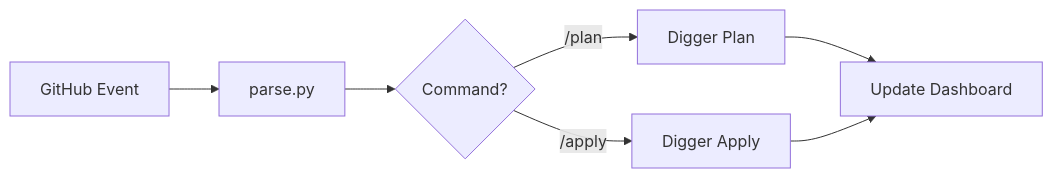
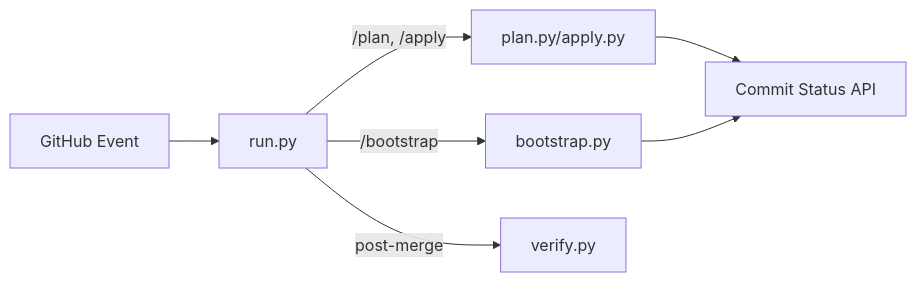
The diagram in tools/ci/README.md (wangzitian0/infra), drawn with Mermaid before and after one commit. The commit also changed other lines of this file and 9 other files, not shown here.

````diff
--- a/tools/ci/README.md
+++ b/tools/ci/README.md
@@ -16,10 +15,10 @@
 ```mermaid
 flowchart LR
-    Event[GitHub Event] --> Parse[parse.py]
-    Parse --> Command{Command?}
-    Command -->|/plan| Plan[Digger Plan]
-    Command -->|/apply| Apply[Digger Apply]
+    Event[GitHub Event] --> Run[run.py]
+    Run --> |/plan, /apply| Plan[plan.py/apply.py]
+    Run --> |/bootstrap| BS[bootstrap.py]
+    Run --> |post-merge| Verify[verify.py]
     
-    Plan --> Dashboard[Update Dashboard]
-    Apply --> Dashboard
+    Plan --> Status[Commit Status API]
+    BS --> Status
 ```
````
